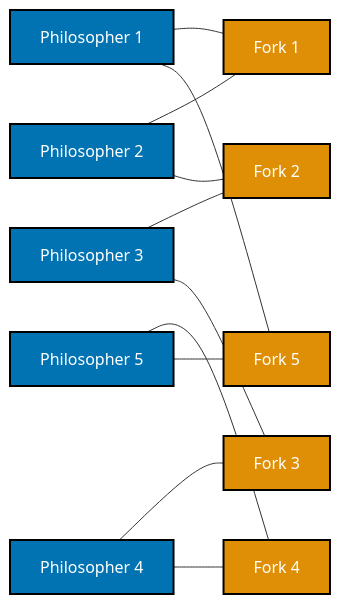
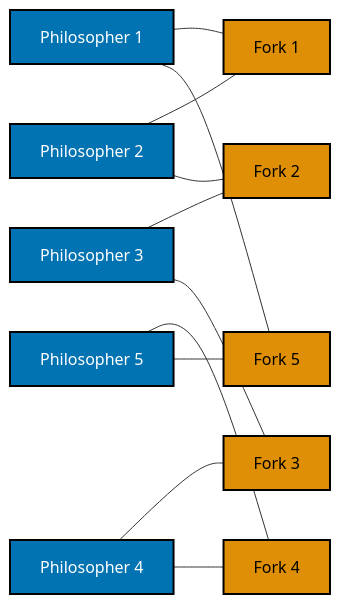
Before and after one commit to wahidyankf/ose-public: the eighth of 15 diagrams in apps/ayokoding-www/content/en/learn/courses/concurrency-and-parallelism/learning/advanced.md, drawn with Mermaid. The commit also changed other lines of this file and 144 other files, not shown here.

First line of the commit message:
fix(mermaid): bring the first half of the courses diagrams onto the accessible palette

````diff
--- a/apps/ayokoding-www/content/en/learn/courses/concurrency-and-parallelism/learning/advanced.md
+++ b/apps/ayokoding-www/content/en/learn/courses/concurrency-and-parallelism/learning/advanced.md
@@ -2474,17 +2495,20 @@
 ```mermaid
 %% Color Palette: Blue #0173B2, Orange #DE8F05, Teal #029E73, Purple #CC78BC
 flowchart LR
+    accTitle: Example 79: Dining Philosophers -- Deadlock-Free, via a Global Fork-Acquisition Order
+    accDescr: Flowchart with 10 nodes and 10 connections. Nodes: Philosopher 1, Fork 1, Philosopher 2, Fork 2, Philosopher 3, Fork 3, Philosopher 4, Fork 4, Philosopher 5, Fork 5. Connections: Philosopher 1 to Fork 1, Philosopher 2 to Fork 1, Philosopher 2 to Fork 2, Philosopher 3 to Fork 2, Philosopher 3 to Fork 3, Philosopher 4 to Fork 3, Philosopher 4 to Fork 4, Philosopher 5 to Fork 4, Philosopher 5 to Fork 5, Philosopher 1 to Fork 5.
     P1["Philosopher 1"]:::blue --- F1["Fork 1"]:::orange
     P2["Philosopher 2"]:::blue --- F1
     P2 --- F2["Fork 2"]:::orange
     P3["Philosopher 3"]:::blue --- F2
     P3 --- F3["Fork 3"]:::orange
     P4["Philosopher 4"]:::blue --- F3
     P4 --- F4["Fork 4"]:::orange
     P5["Philosopher 5"]:::blue --- F4
     P5 --- F5["Fork 5"]:::orange
     P1 --- F5
 
     classDef blue fill:#0173B2,stroke:#000000,color:#FFFFFF,stroke-width:2px
-    classDef orange fill:#DE8F05,stroke:#000000,color:#FFFFFF,stroke-width:2px
+    classDef orange fill:#DE8F05,stroke:#000000,color:#000000,stroke-width:2px
+    classDef default fill:#FFFFFF,stroke:#000000,color:#000000
 ```
````
